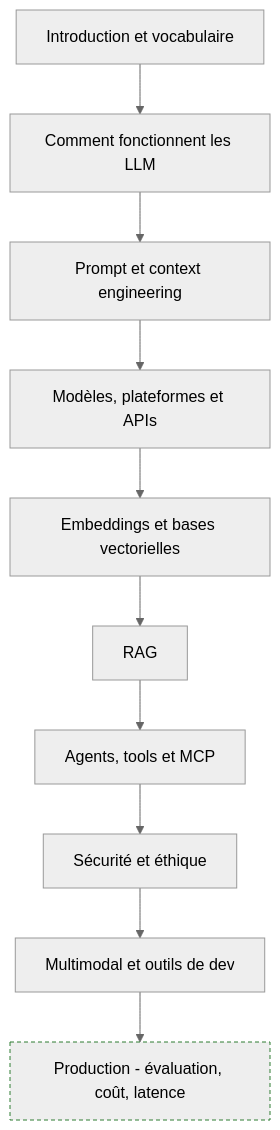
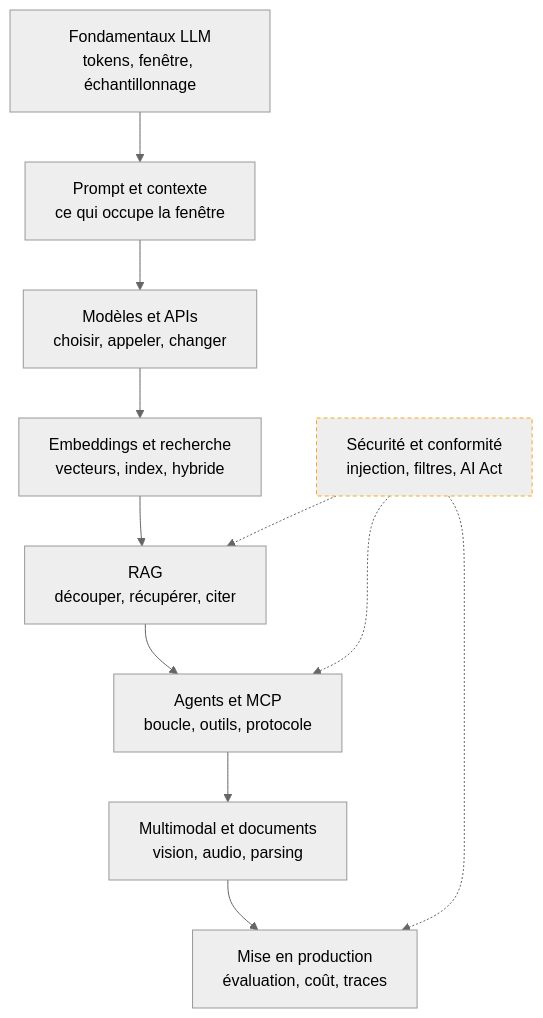
Before and after one commit to floSa/Atlas-Metiers-Roadmaps: the diagram in content/parcours/ai-engineer/index.md, drawn with Mermaid (neutral theme). The commit also changed other lines of this file and 3 other files, not shown here.

````diff
--- a/content/parcours/ai-engineer/index.md
+++ b/content/parcours/ai-engineer/index.md
@@ -13,13 +15,26 @@
 ```mermaid
 flowchart TD
-  A["Introduction et vocabulaire"] --> B["Comment fonctionnent les LLM"]
-  B --> C["Prompt et context engineering"]
-  C --> D["Modèles, plateformes et APIs"]
-  D --> E["Embeddings et bases vectorielles"]
-  E --> F["RAG"]
-  F --> G["Agents, tools et MCP"]
-  G --> H["Sécurité et éthique"]
-  H --> I["Multimodal et outils de dev"]
-  I --> J["Production - évaluation, coût, latence"]:::ajout
-  classDef ajout stroke:#2e7d32,stroke-width:1px,stroke-dasharray:4 3
+  F["Fondamentaux LLM<br/>tokens, fenêtre, échantillonnage"] --> P["Prompt et contexte<br/>ce qui occupe la fenêtre"]
+  P --> M["Modèles et APIs<br/>choisir, appeler, changer"]
+  M --> E["Embeddings et recherche<br/>vecteurs, index, hybride"]
+  E --> R["RAG<br/>découper, récupérer, citer"]
+  R --> A["Agents et MCP<br/>boucle, outils, protocole"]
+  A --> MU["Multimodal et documents<br/>vision, audio, parsing"]
+  MU --> PR["Mise en production<br/>évaluation, coût, traces"]
+  S["Sécurité et conformité<br/>injection, filtres, AI Act"] -.-> R
+  S -.-> A
+  S -.-> PR
+
+  click F "/parcours/ai-engineer/fondamentaux-llm"
+  click P "/parcours/ai-engineer/prompt-et-contexte"
+  click M "/parcours/ai-engineer/modeles-et-apis"
+  click E "/parcours/ai-engineer/embeddings-et-recherche"
+  click R "/parcours/ai-engineer/rag"
+  click A "/parcours/ai-engineer/agents-et-mcp"
+  click MU "/parcours/ai-engineer/multimodal-et-documents"
+  click PR "/parcours/ai-engineer/mise-en-production"
+  click S "/parcours/ai-engineer/securite-et-conformite"
+
+  classDef transverse stroke:#f9a825,stroke-width:1px,stroke-dasharray:4 3
+  class S transverse
 ```
````
